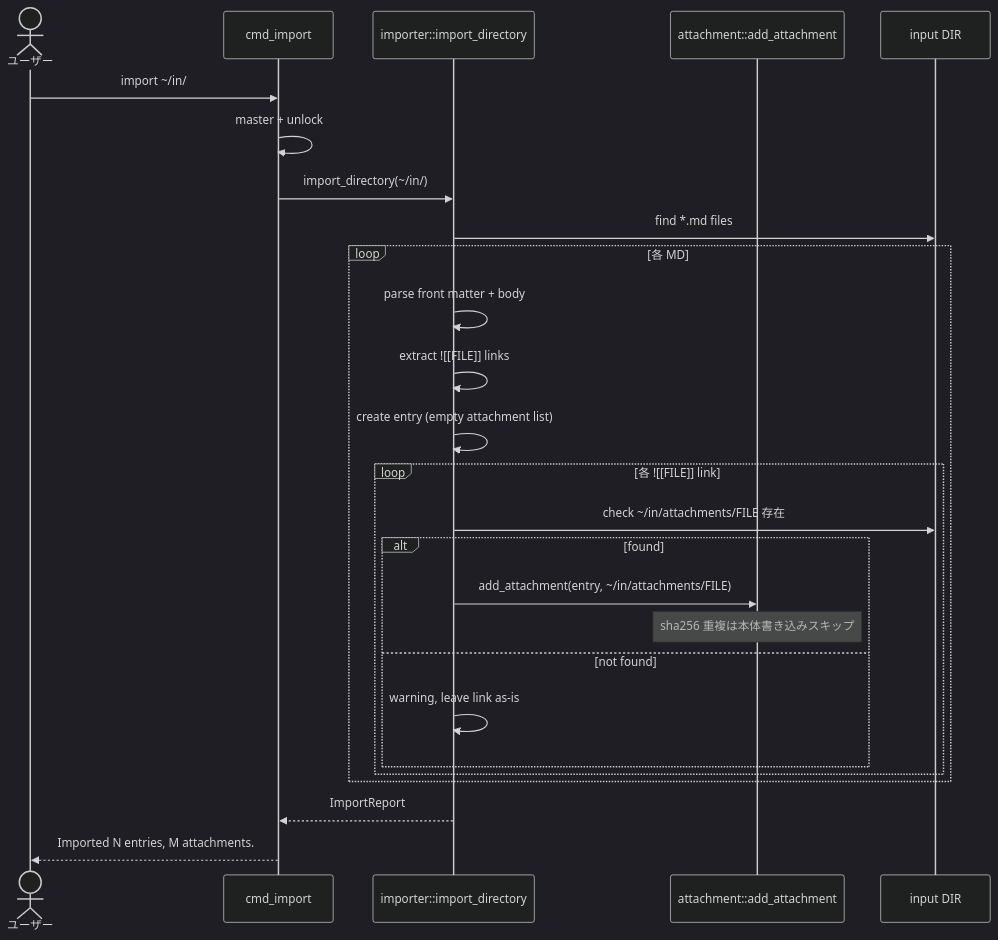
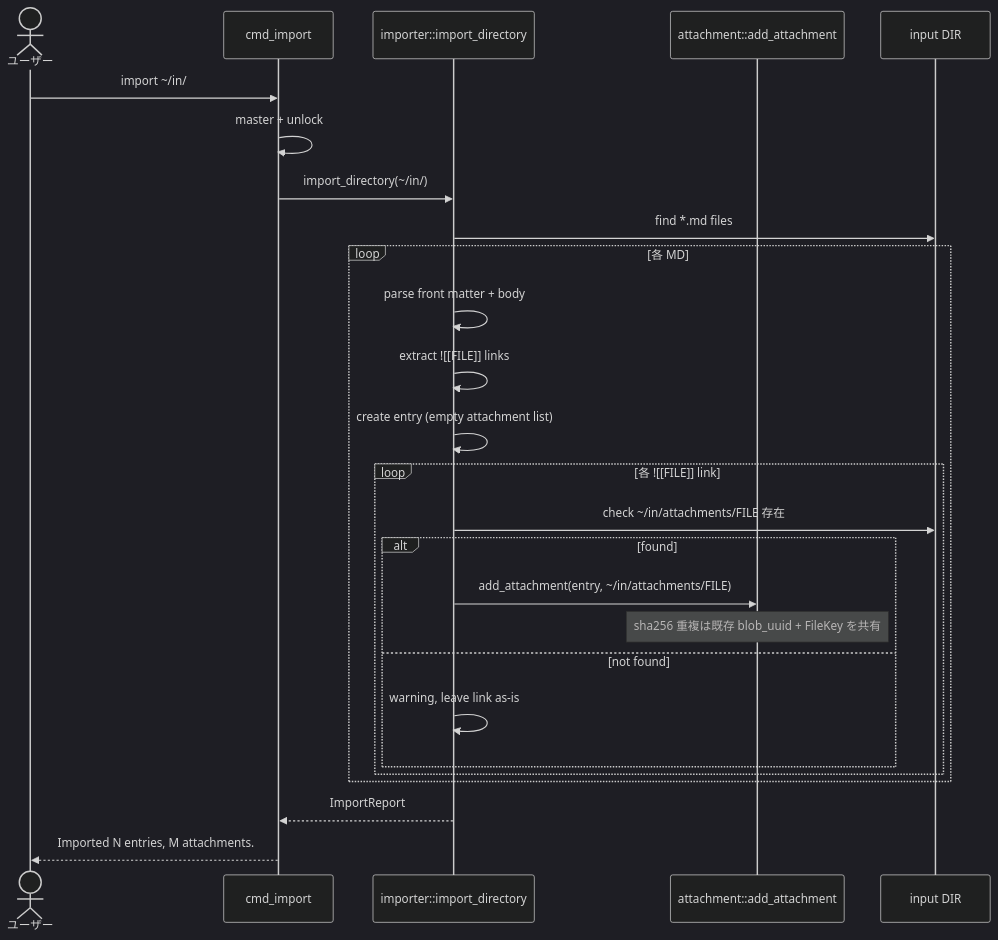
Before and after one commit to sudolifeagain/pq-diary: the seventh of 8 diagrams in docs/design/s13-attachments/dataflow.md, drawn with Mermaid (dark theme). The commit also changed other lines of this file and 11 other files, not shown here.

````diff
--- a/docs/design/s13-attachments/dataflow.md
+++ b/docs/design/s13-attachments/dataflow.md
@@ -223,29 +233,29 @@
 ```mermaid
 sequenceDiagram
     actor U as ユーザー
     participant CMD as cmd_import
     participant IMP as importer::import_directory
     participant ATT as attachment::add_attachment
     participant FS_in as input DIR
 
     U->>CMD: import ~/in/
     CMD->>CMD: master + unlock
     CMD->>IMP: import_directory(~/in/)
     IMP->>FS_in: find *.md files
     loop 各 MD
         IMP->>IMP: parse front matter + body
         IMP->>IMP: extract ![[FILE]] links
         IMP->>IMP: create entry (empty attachment list)
         loop 各 ![[FILE]] link
             IMP->>FS_in: check ~/in/attachments/FILE 存在
             alt found
                 IMP->>ATT: add_attachment(entry, ~/in/attachments/FILE)
-                Note over ATT: sha256 重複は本体書き込みスキップ
+                Note over ATT: sha256 重複は既存 blob_uuid + FileKey を共有
             else not found
                 IMP->>IMP: warning, leave link as-is
             end
         end
     end
     IMP-->>CMD: ImportReport
     CMD-->>U: Imported N entries, M attachments.
 ```
````
